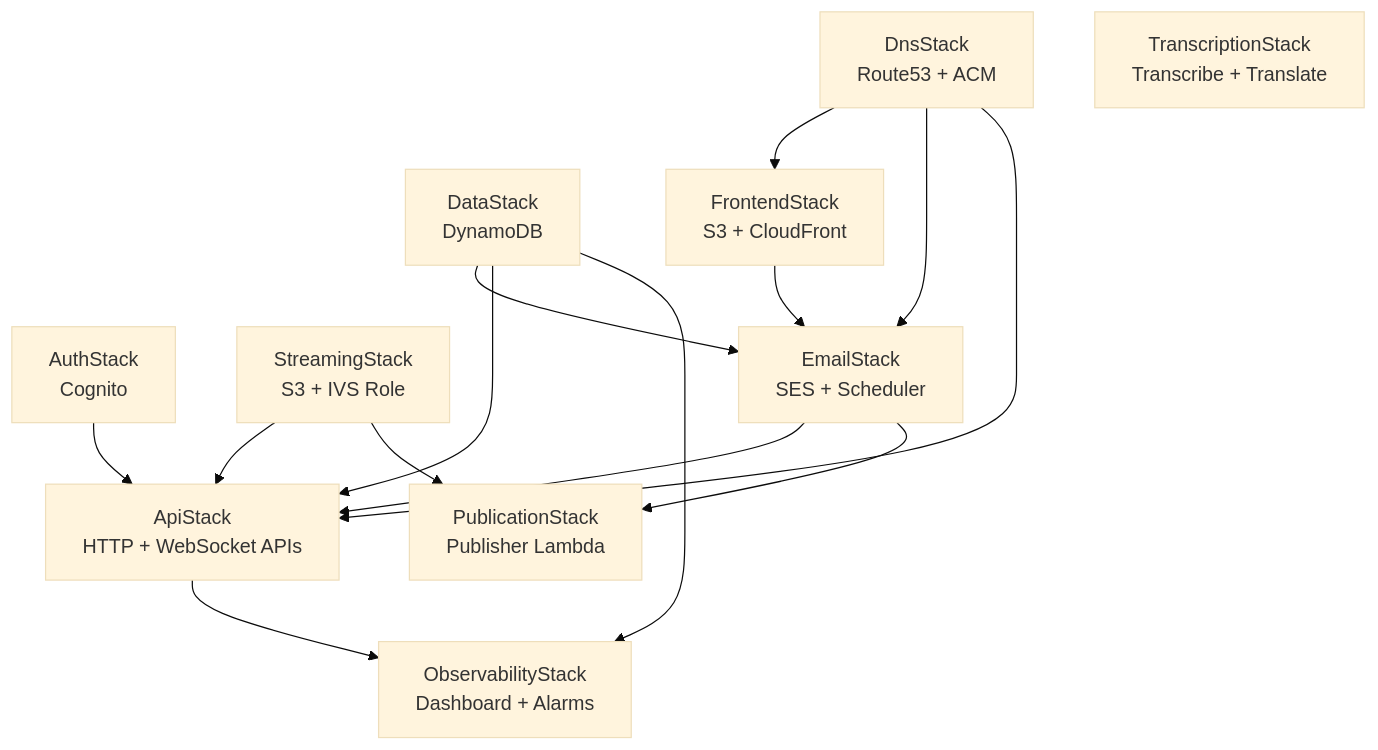
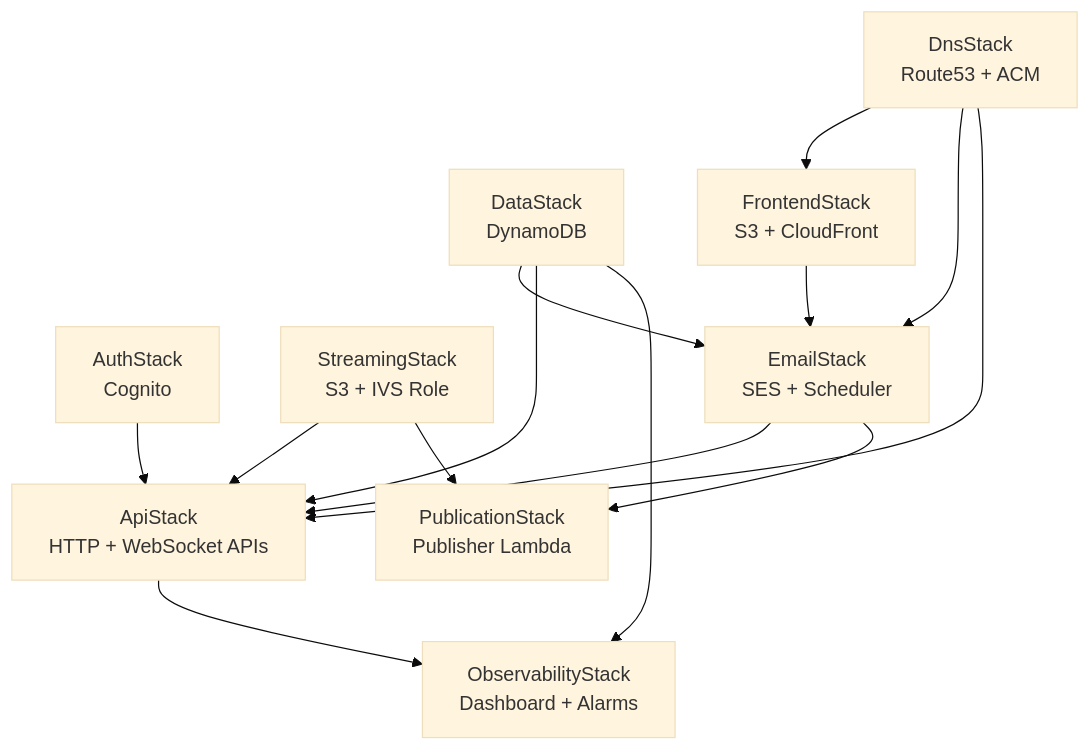
One commit to ronin48llc/aws-virtual-meetups changed the second of 9 diagrams in docs/ARCHITECTURE.md. Above: the diagram before and after it, drawn with Mermaid (base theme). The commit also changed 16 other files, not shown here.

````diff
--- a/docs/ARCHITECTURE.md
+++ b/docs/ARCHITECTURE.md
@@ -118,27 +118,26 @@
 ```mermaid
 graph TD
     DNS[DnsStack<br/>Route53 + ACM]
     AUTH[AuthStack<br/>Cognito]
     DATA[DataStack<br/>DynamoDB]
     STREAM[StreamingStack<br/>S3 + IVS Role]
-    TRANS[TranscriptionStack<br/>Transcribe + Translate]
     FE[FrontendStack<br/>S3 + CloudFront]
     EMAIL[EmailStack<br/>SES + Scheduler]
     API[ApiStack<br/>HTTP + WebSocket APIs]
     PUB[PublicationStack<br/>Publisher Lambda]
     OBS[ObservabilityStack<br/>Dashboard + Alarms]
 
     DNS --> FE
     DNS --> EMAIL
     DNS --> API
     DATA --> EMAIL
     DATA --> API
     DATA --> OBS
     FE --> EMAIL
     AUTH --> API
     EMAIL --> API
     EMAIL --> PUB
     STREAM --> API
     STREAM --> PUB
     API --> OBS
 ```
````
